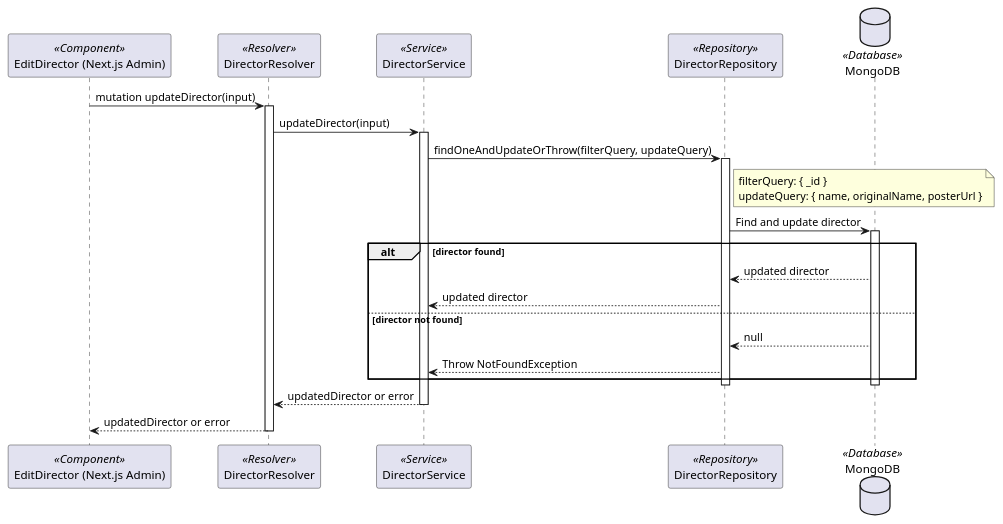
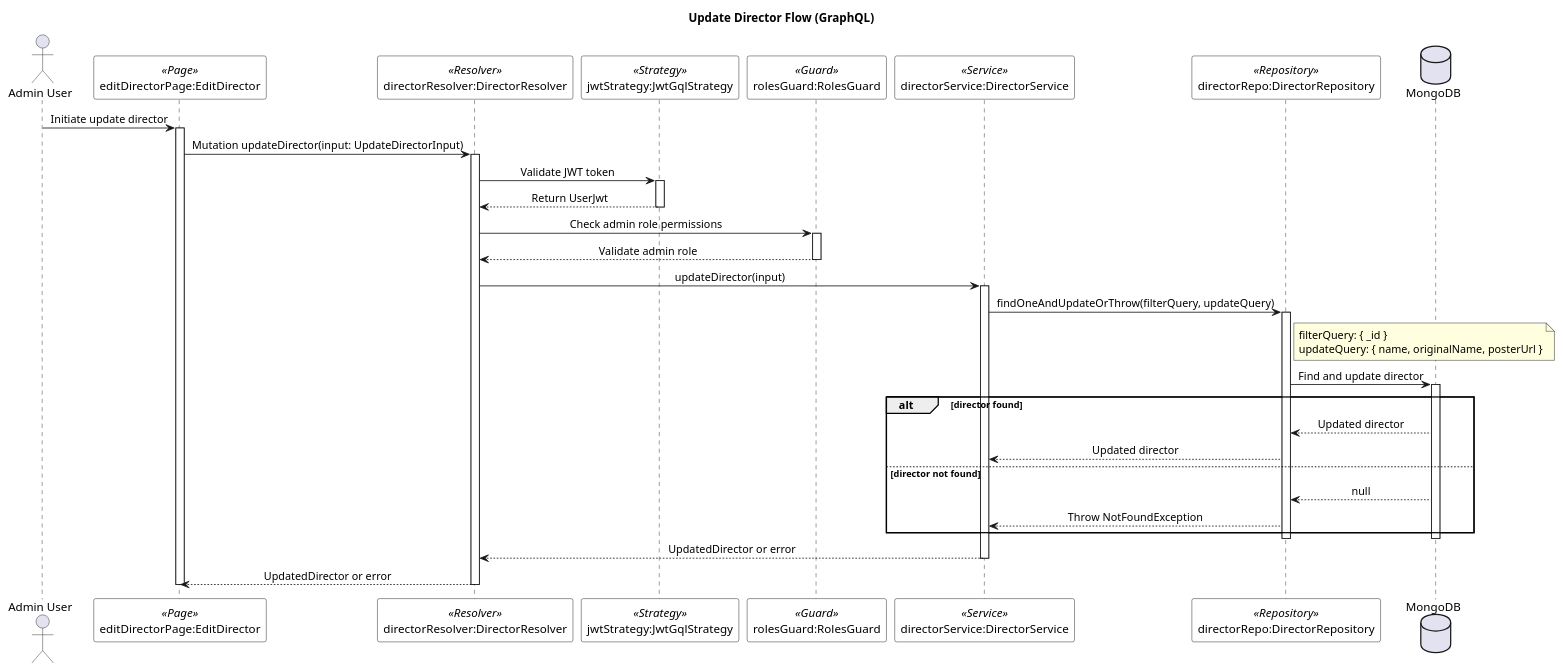
Before and after one commit to lehuygiang28/vphim: the diagram in documents/diagram/sequences/directors/update-director.puml, drawn with PlantUML. The commit also changed 5 other files, not shown here.

First line of the commit message:
refactor(diagrams/sequences/directors): 🛠️ update director management flow diagrams

```diff
--- a/documents/diagram/sequences/directors/update-director.puml
+++ b/documents/diagram/sequences/directors/update-director.puml
@@ -1,36 +1,64 @@
 @startuml Update Director Flow
 
-' Stereotypes: <<Component>>, <<Resolver>>, <<Service>>, <<Repository>>, <<Database>>
-participant "EditDirector (Next.js Admin)" as EditDirector <<Component>>
-participant "DirectorResolver" as Resolver <<Resolver>>
-participant "DirectorService" as Service <<Service>>
-participant "DirectorRepository" as Repository <<Repository>>
-database "MongoDB" as DB <<Database>>
+skinparam SequenceMessageAlignment center
+skinparam SequenceBoxBackgroundColor white
+skinparam SequenceBoxBorderColor black
+skinparam NoteBackgroundColor lightyellow
+skinparam NoteBorderColor black
+skinparam ParticipantBackgroundColor white
+skinparam ParticipantBorderColor black
 
-EditDirector -> Resolver: mutation updateDirector(input)
-activate Resolver
-Resolver -> Service: updateDirector(input)
-activate Service
-Service -> Repository: findOneAndUpdateOrThrow(filterQuery, updateQuery)
-activate Repository
-note right of Repository
+title Update Director Flow (GraphQL)
+
+actor "Admin User" as adminUser
+participant "editDirectorPage:EditDirector" as editDirectorPage <<Page>>
+participant "directorResolver:DirectorResolver" as directorResolver <<Resolver>>
+participant "jwtStrategy:JwtGqlStrategy" as jwtStrategy <<Strategy>>
+participant "rolesGuard:RolesGuard" as rolesGuard <<Guard>>
+participant "directorService:DirectorService" as directorService <<Service>>
+participant "directorRepo:DirectorRepository" as directorRepo <<Repository>>
+database "MongoDB" as mongoDB
+
+adminUser -> editDirectorPage : Initiate update director
+activate editDirectorPage
+
+editDirectorPage -> directorResolver : Mutation updateDirector(input: UpdateDirectorInput)
+activate directorResolver
+
+directorResolver -> jwtStrategy : Validate JWT token
+activate jwtStrategy
+jwtStrategy --> directorResolver : Return UserJwt
+deactivate jwtStrategy
+
+directorResolver -> rolesGuard : Check admin role permissions
+activate rolesGuard
+rolesGuard --> directorResolver : Validate admin role
+deactivate rolesGuard
+
+directorResolver -> directorService : updateDirector(input)
+activate directorService
+
+directorService -> directorRepo : findOneAndUpdateOrThrow(filterQuery, updateQuery)
+activate directorRepo
+note right of directorRepo
   filterQuery: { _id }
   updateQuery: { name, originalName, posterUrl }
 end note
-Repository -> DB: Find and update director
-activate DB
+directorRepo -> mongoDB : Find and update director
+activate mongoDB
 alt director found
-    DB --> Repository: updated director
-    Repository --> Service: updated director
+    mongoDB --> directorRepo : Updated director
+    directorRepo --> directorService : Updated director
 else director not found
-    DB --> Repository: null
-    Repository --> Service: Throw NotFoundException
+    mongoDB --> directorRepo : null
+    directorRepo --> directorService : Throw NotFoundException
 end
-deactivate DB
-deactivate Repository
-Service --> Resolver: updatedDirector or error
-deactivate Service
-Resolver --> EditDirector: updatedDirector or error
-deactivate Resolver
+deactivate mongoDB
+deactivate directorRepo
+directorService --> directorResolver : UpdatedDirector or error
+deactivate directorService
+directorResolver --> editDirectorPage : UpdatedDirector or error
+deactivate directorResolver
+deactivate editDirectorPage
 
 @enduml
```
